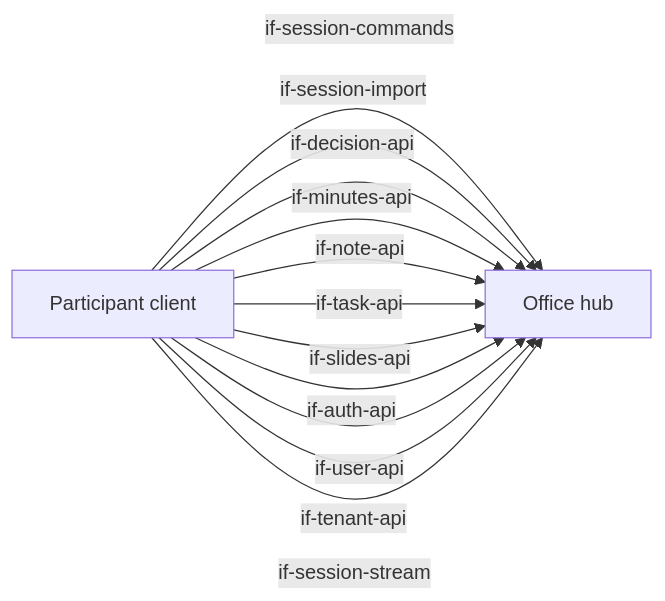
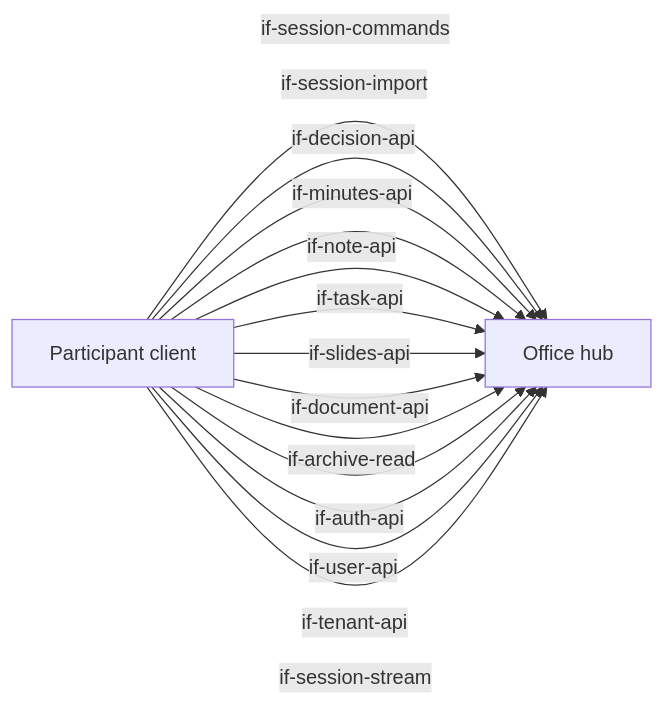
Before and after one commit to mrsimpson/agentic-office: the first of 3 diagrams in docs/architecture/05-building-blocks.arc42.md, drawn with Mermaid. The commit also changed other lines of this file and 68 other files, not shown here.

````diff
--- a/docs/architecture/05-building-blocks.arc42.md
+++ b/docs/architecture/05-building-blocks.arc42.md
@@ -25,16 +25,18 @@
 ```mermaid
 flowchart LR
     bb_office_hub[Office hub]
     bb_participant_client[Participant client]
     bb_participant_client -->|if-session-commands| bb_office_hub
     bb_participant_client -->|if-session-import| bb_office_hub
     bb_participant_client -->|if-decision-api| bb_office_hub
     bb_participant_client -->|if-minutes-api| bb_office_hub
     bb_participant_client -->|if-note-api| bb_office_hub
     bb_participant_client -->|if-task-api| bb_office_hub
     bb_participant_client -->|if-slides-api| bb_office_hub
+    bb_participant_client -->|if-document-api| bb_office_hub
+    bb_participant_client -->|if-archive-read| bb_office_hub
     bb_participant_client -->|if-auth-api| bb_office_hub
     bb_participant_client -->|if-user-api| bb_office_hub
     bb_participant_client -->|if-tenant-api| bb_office_hub
     bb_participant_client -->|if-session-stream| bb_office_hub
 ```
````
